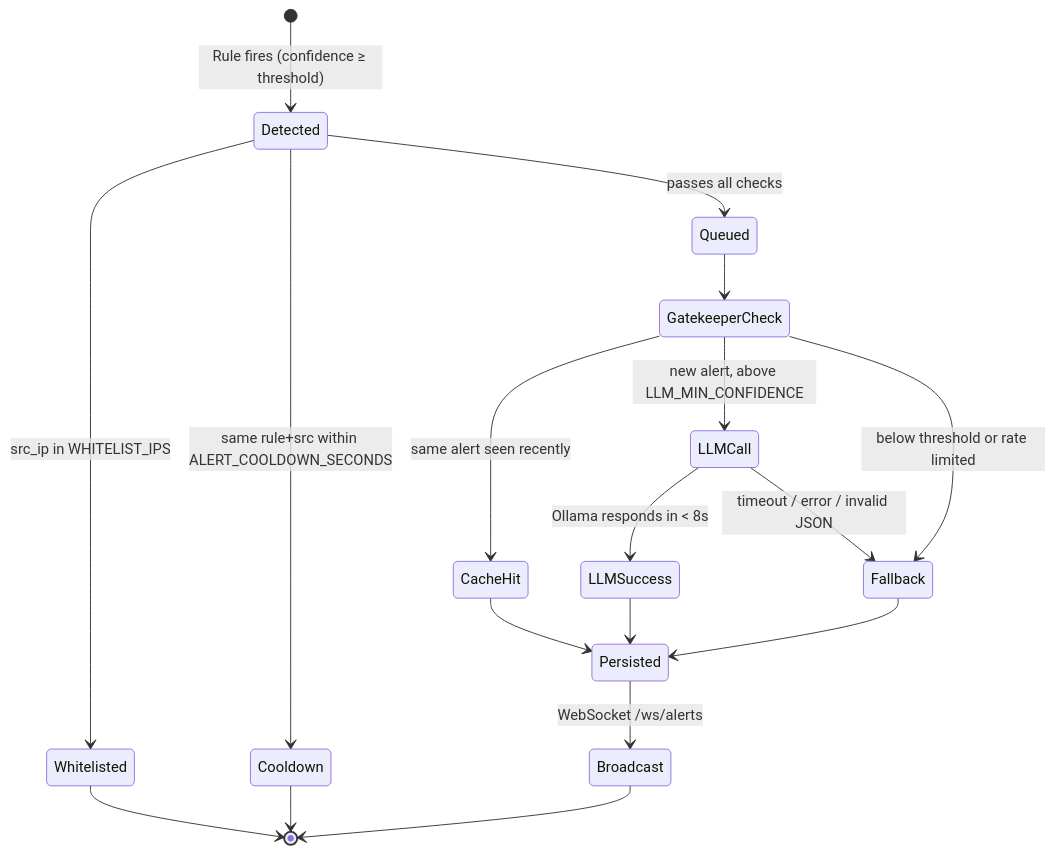
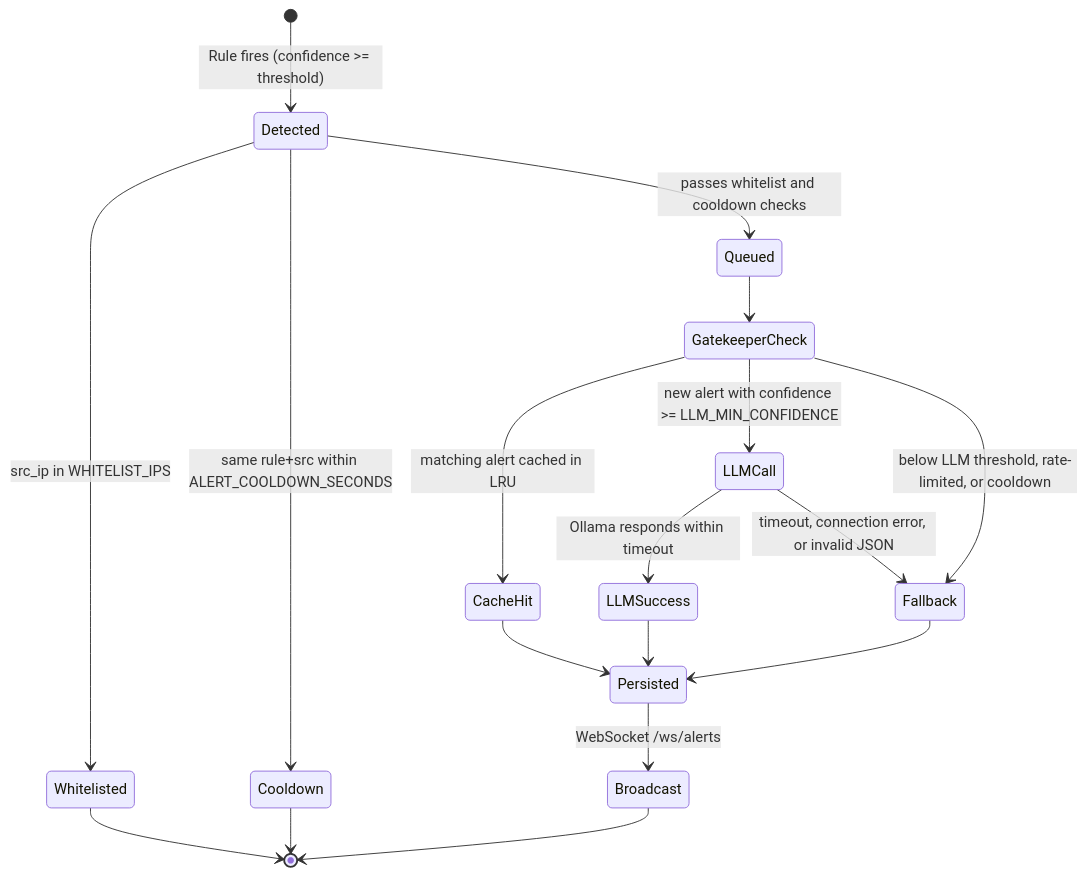
Before and after one commit to prithvi-01x/Netwatch: the eighth of 9 diagrams in README.md, drawn with Mermaid. The commit also changed other lines of this file, not shown here.

````diff
--- a/README.md
+++ b/README.md
@@ -960,20 +962,20 @@
 ```mermaid
 stateDiagram-v2
-    [*] --> Detected: Rule fires (confidence ≥ threshold)
+    [*] --> Detected: Rule fires (confidence >= threshold)
     Detected --> Whitelisted: src_ip in WHITELIST_IPS
     Detected --> Cooldown: same rule+src within ALERT_COOLDOWN_SECONDS
-    Detected --> Queued: passes all checks
+    Detected --> Queued: passes whitelist and cooldown checks
     Whitelisted --> [*]
     Cooldown --> [*]
     Queued --> GatekeeperCheck
-    GatekeeperCheck --> CacheHit: same alert seen recently
-    GatekeeperCheck --> LLMCall: new alert, above LLM_MIN_CONFIDENCE
-    GatekeeperCheck --> Fallback: below threshold or rate limited
+    GatekeeperCheck --> CacheHit: matching alert cached in LRU
+    GatekeeperCheck --> LLMCall: new alert with confidence >= LLM_MIN_CONFIDENCE
+    GatekeeperCheck --> Fallback: below LLM threshold, rate-limited, or cooldown
     CacheHit --> Persisted
-    LLMCall --> LLMSuccess: Ollama responds in < 8s
-    LLMCall --> Fallback: timeout / error / invalid JSON
+    LLMCall --> LLMSuccess: Ollama responds within timeout
+    LLMCall --> Fallback: timeout, connection error, or invalid JSON
     LLMSuccess --> Persisted
     Fallback --> Persisted
     Persisted --> Broadcast: WebSocket /ws/alerts
     Broadcast --> [*]
 ```
````
